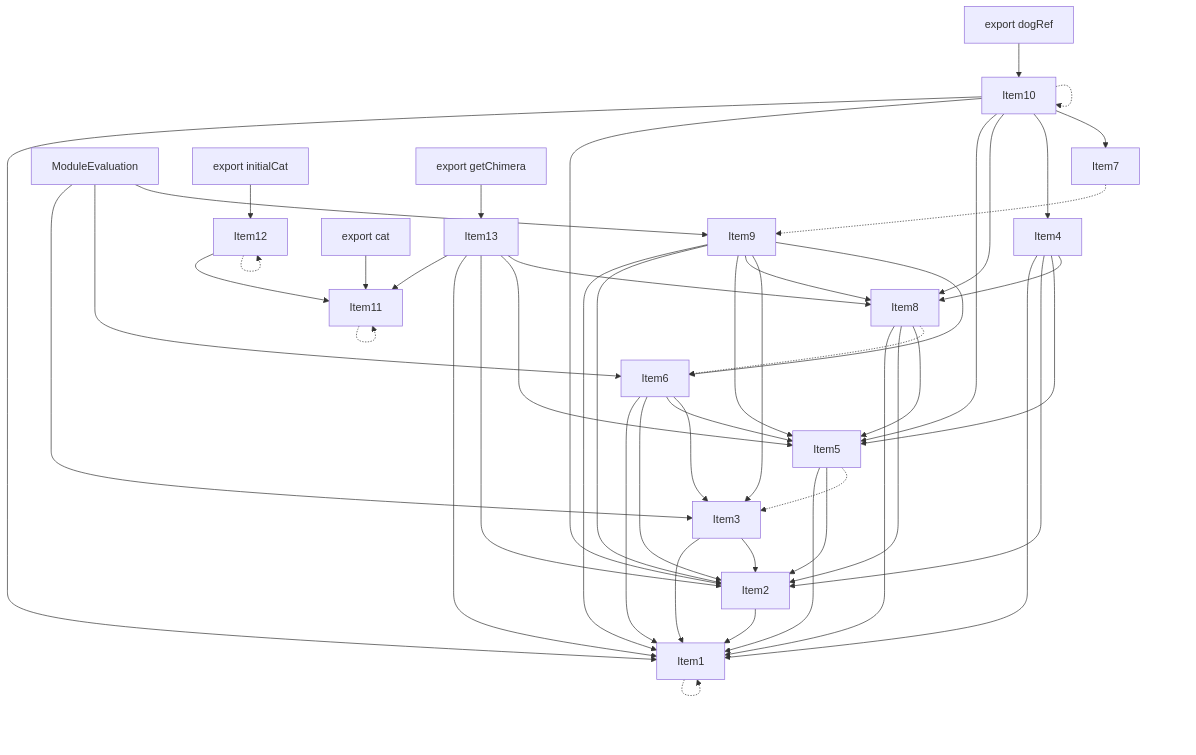
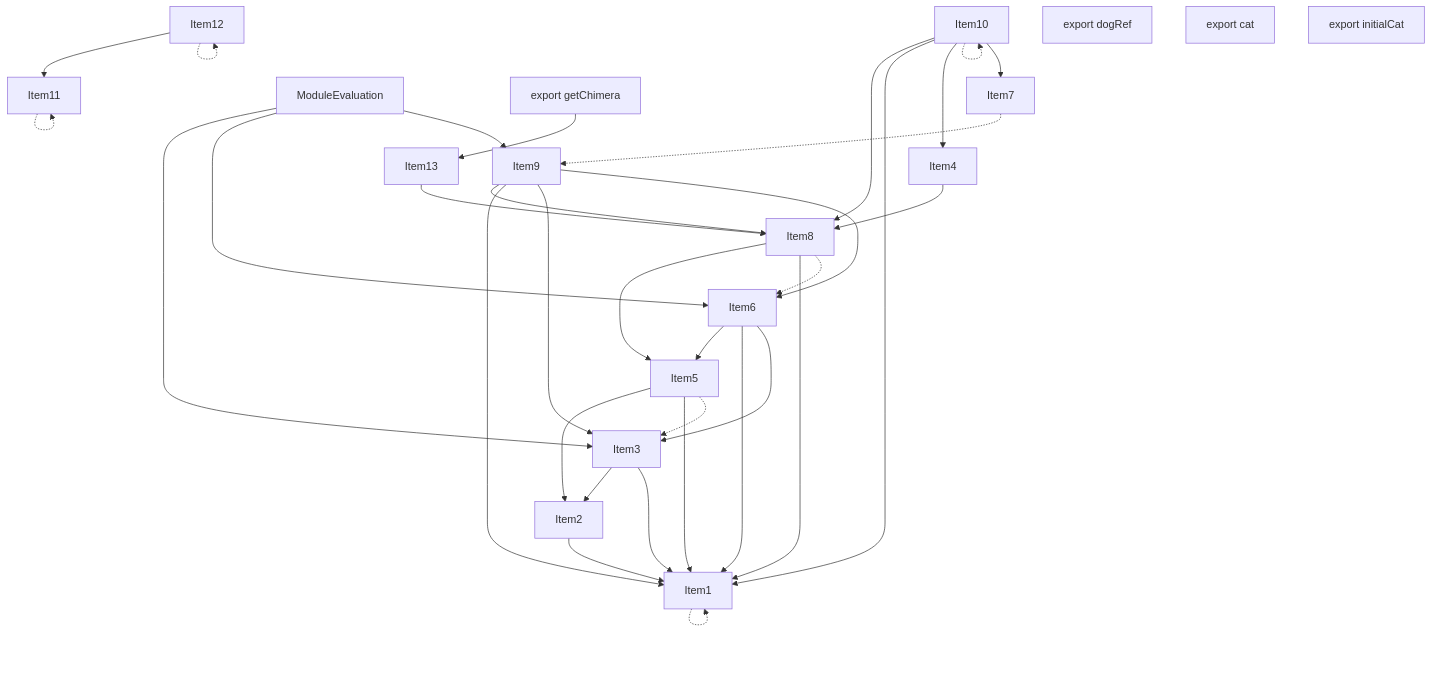
Before and after one commit to vercel/turborepo: the fourth of 5 diagrams in crates/turbopack-ecmascript/tests/tree-shaker/analyzer/complex/output.md, drawn with Mermaid. The commit also changed other lines of this file and 20 other files, not shown here.

````diff
--- a/crates/turbopack-ecmascript/tests/tree-shaker/analyzer/complex/output.md
+++ b/crates/turbopack-ecmascript/tests/tree-shaker/analyzer/complex/output.md
@@ -307,74 +288,58 @@
 ```mermaid
 graph TD
     Item1;
     Item2;
     Item3;
     Item4;
     Item5;
     Item6;
     Item7;
     Item8;
     Item9;
     Item10;
     Item11;
     Item12;
     Item13;
     Item14;
     Item14["ModuleEvaluation"];
     Item15;
     Item15["export dogRef"];
     Item16;
     Item16["export cat"];
     Item17;
     Item17["export initialCat"];
     Item18;
     Item18["export getChimera"];
     Item1 -.-> Item1;
     Item2 --> Item1;
+    Item3 --> Item2;
     Item3 --> Item1;
-    Item3 --> Item2;
+    Item5 --> Item2;
     Item5 --> Item1;
-    Item5 --> Item2;
     Item5 -.-> Item3;
+    Item6 --> Item5;
     Item6 --> Item1;
-    Item6 --> Item2;
-    Item6 --> Item5;
     Item6 --> Item3;
+    Item8 --> Item5;
     Item8 --> Item1;
-    Item8 --> Item2;
-    Item8 --> Item5;
     Item8 -.-> Item6;
+    Item9 --> Item8;
     Item9 --> Item1;
-    Item9 --> Item2;
-    Item9 --> Item5;
-    Item9 --> Item8;
     Item9 --> Item3;
     Item9 --> Item6;
+    Item10 --> Item8;
     Item10 --> Item1;
-    Item10 --> Item2;
-    Item10 --> Item5;
-    Item10 --> Item8;
     Item10 --> Item4;
     Item10 --> Item7;
     Item10 -.-> Item10;
     Item11 -.-> Item11;
     Item12 --> Item11;
     Item12 -.-> Item12;
-    Item4 --> Item1;
-    Item4 --> Item2;
-    Item4 --> Item5;
     Item4 --> Item8;
     Item7 -.-> Item9;
-    Item13 --> Item11;
-    Item13 --> Item1;
-    Item13 --> Item2;
-    Item13 --> Item5;
     Item13 --> Item8;
     Item14 --> Item3;
     Item14 --> Item6;
     Item14 --> Item9;
-    Item15 --> Item10;
-    Item16 --> Item11;
-    Item17 --> Item12;
     Item18 --> Item13;
 ```
````
